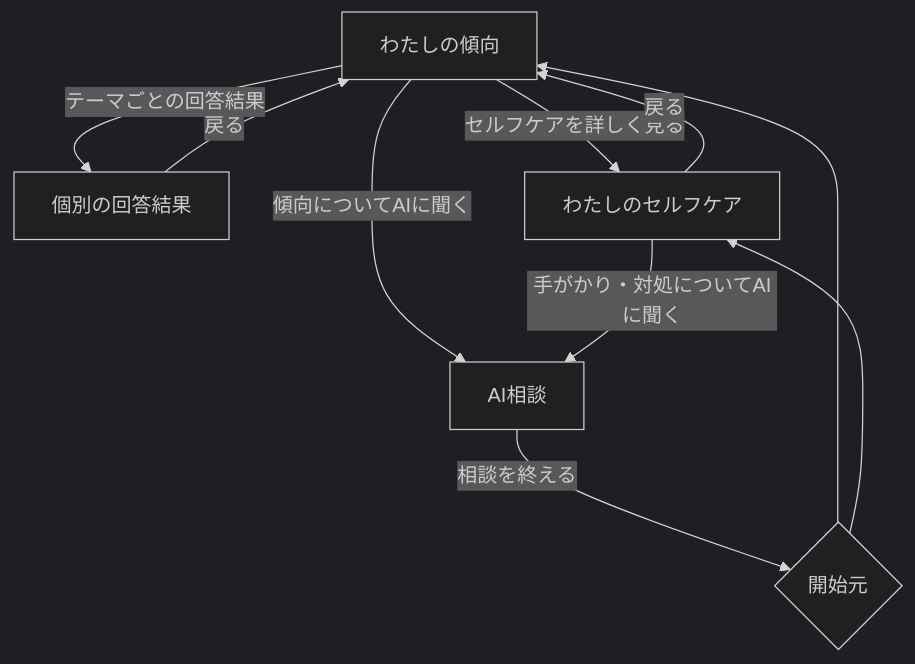
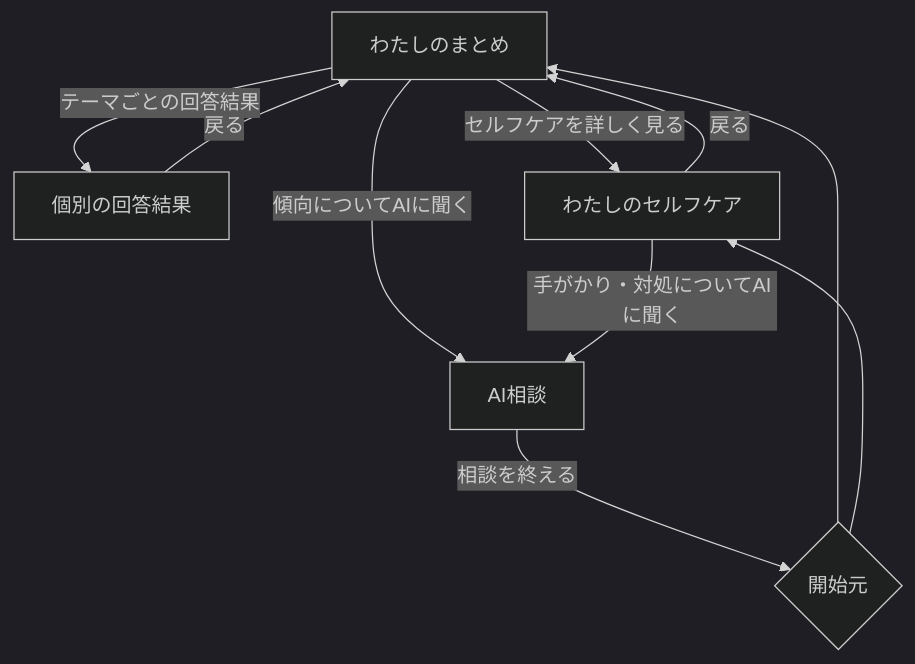
One commit to kkyosuke/me-builder changed the fourth of 7 diagrams in docs/product/screen-navigation.md. Above: the diagram before and after it, drawn with Mermaid (dark theme). The commit also changed other lines of this file and 9 other files, not shown here.

````diff
--- a/docs/product/screen-navigation.md
+++ b/docs/product/screen-navigation.md
@@ -196,12 +196,12 @@
 ```mermaid
 flowchart TD
-    P[わたしの傾向] -->|テーマごとの回答結果| R[個別の回答結果]
+    P[わたしのまとめ] -->|テーマごとの回答結果| R[個別の回答結果]
     R -->|戻る| P
     P -->|セルフケアを詳しく見る| S[わたしのセルフケア]
     S -->|戻る| P
     P -->|傾向についてAIに聞く| A[AI相談]
     S -->|手がかり・対処についてAIに聞く| A
     A -->|相談を終える| O{開始元}
     O --> P
     O --> S
 ```
````
